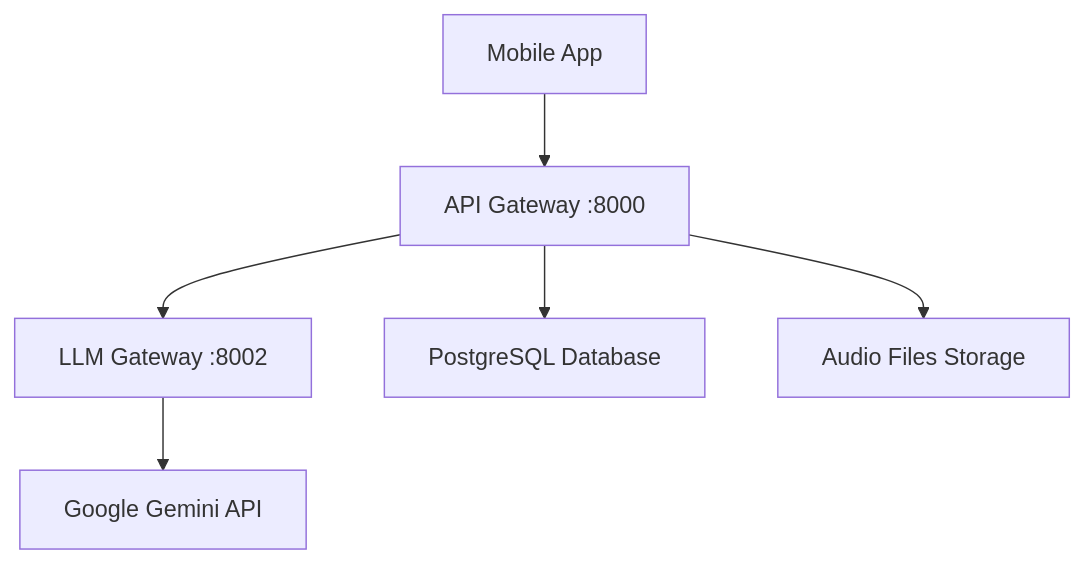
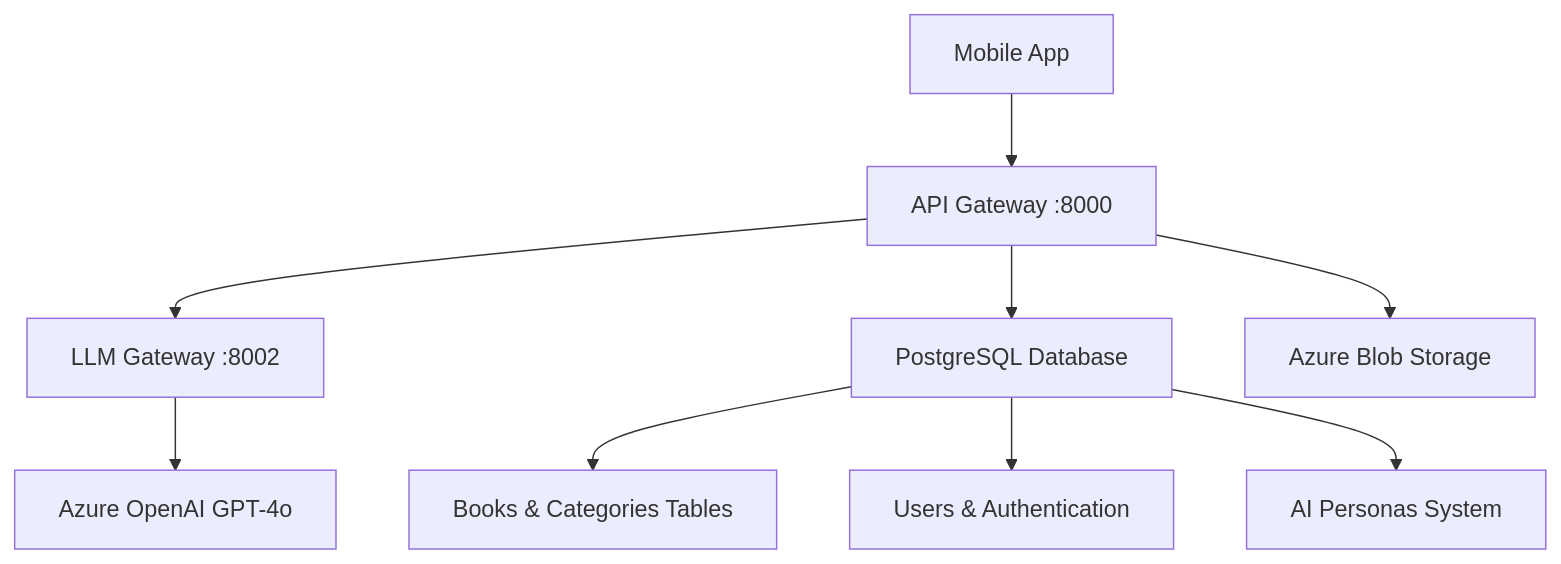
One commit to lhwright13/BetterBooks changed the diagram in README.md. Above: the diagram before and after it, drawn with Mermaid. The commit also changed other lines of this file and 9 other files, not shown here.

````diff
--- a/README.md
+++ b/README.md
@@ -40,8 +42,11 @@
 ```mermaid
 graph TD
     A[Mobile App] --> B[API Gateway :8000]
     B --> C[LLM Gateway :8002]
     B --> D[PostgreSQL Database]
-    C --> E[Google Gemini API]
-    B --> F[Audio Files Storage]
+    C --> E[Azure OpenAI GPT-4o]
+    B --> F[Azure Blob Storage]
+    D --> G[Books & Categories Tables]
+    D --> H[Users & Authentication]
+    D --> I[AI Personas System]
 ```
````
